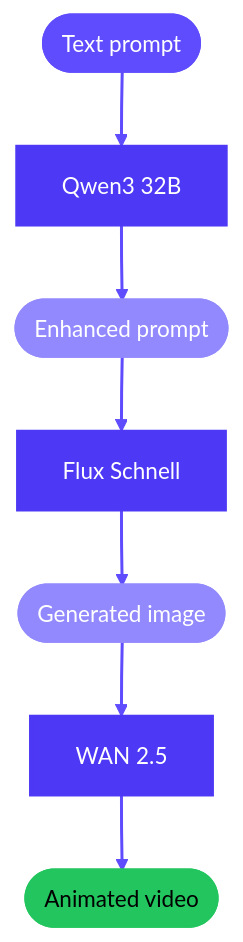
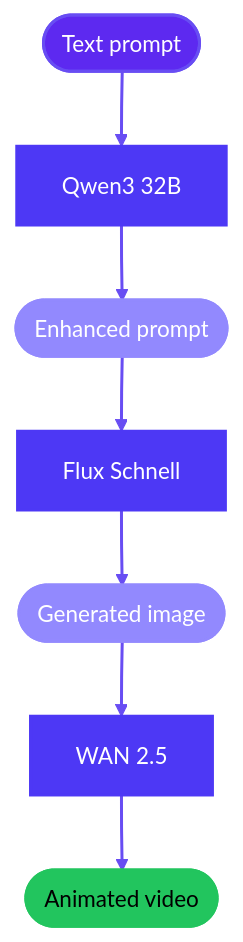
The diagram in tutorials/public-endpoints/text-to-video-pipeline.mdx (runpod/docs), drawn with Mermaid before and after one commit. The commit also changed 9 other files, not shown here.

First line of the commit message:
fix: use canon purples in Mermaid diagrams

````diff
--- a/tutorials/public-endpoints/text-to-video-pipeline.mdx
+++ b/tutorials/public-endpoints/text-to-video-pipeline.mdx
@@ -22,21 +22,21 @@
 ```mermaid
-%%{init: {'theme':'base', 'themeVariables': { 'primaryColor':'#9289FE','primaryTextColor':'#fff','primaryBorderColor':'#9289FE','lineColor':'#5F4CFE','secondaryColor':'#AE6DFF','tertiaryColor':'#FCB1FF','edgeLabelBackground':'#5F4CFE', 'fontSize':'15px','fontFamily':'font-inter'}}}%%
+%%{init: {'theme':'base', 'themeVariables': { 'primaryColor':'#9289FE','primaryTextColor':'#fff','primaryBorderColor':'#9289FE','lineColor':'#684DF3','secondaryColor':'#AE6DFF','tertiaryColor':'#FCB1FF','edgeLabelBackground':'#5D29F0', 'fontSize':'15px','fontFamily':'font-inter'}}}%%
 
 flowchart TD
     A([Text prompt]) --> B[Qwen3 32B]
     B --> C([Enhanced prompt])
     C --> D[Flux Schnell]
     D --> E([Generated image])
     E --> F[WAN 2.5]
     F --> G([Animated video])
 
-    style A fill:#5F4CFE,stroke:#5F4CFE,color:#FFFFFF,stroke-width:2px
+    style A fill:#5D29F0,stroke:#684DF3,color:#FFFFFF,stroke-width:2px
     style B fill:#4D38F5,stroke:#4D38F5,color:#FFFFFF,stroke-width:2px
     style C fill:#9289FE,stroke:#9289FE,color:#FFFFFF,stroke-width:2px
     style D fill:#4D38F5,stroke:#4D38F5,color:#FFFFFF,stroke-width:2px
     style E fill:#9289FE,stroke:#9289FE,color:#FFFFFF,stroke-width:2px
     style F fill:#4D38F5,stroke:#4D38F5,color:#FFFFFF,stroke-width:2px
     style G fill:#22C55E,stroke:#22C55E,color:#000000,stroke-width:2px
 
-    linkStyle default stroke:#5F4CFE,stroke-width:2px
+    linkStyle default stroke:#684DF3,stroke-width:2px
 ```
````
